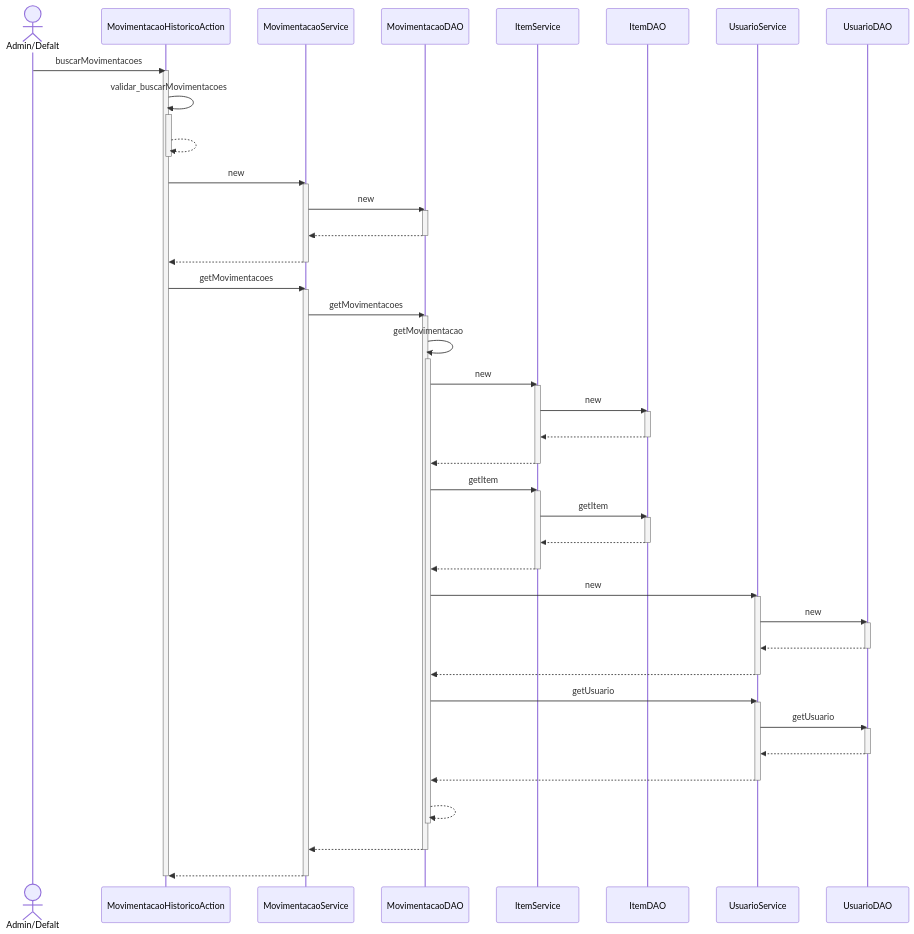
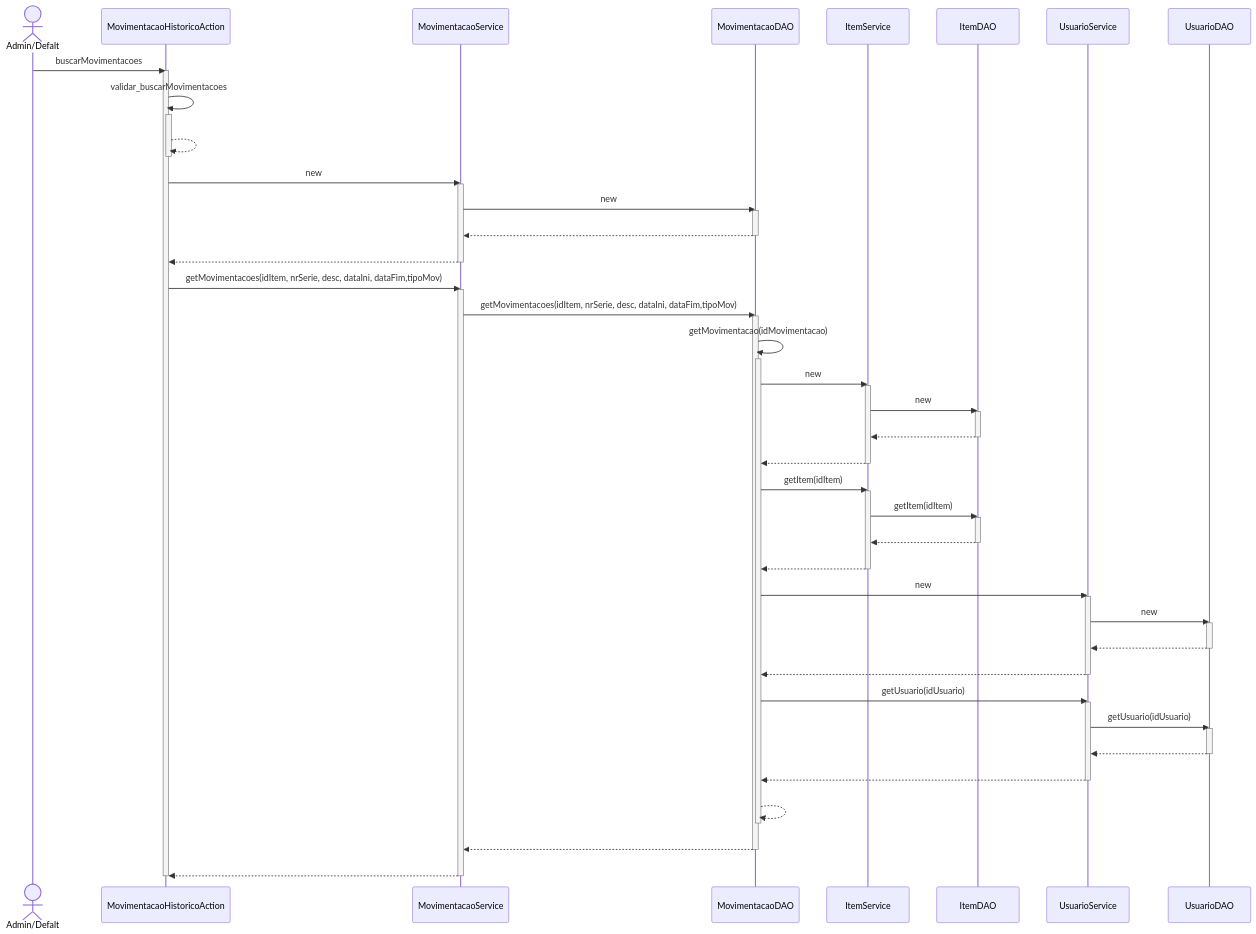
Before and after one commit to branqsMRP/SequenceDiagram: the diagram in DiagramaSequencia/Novo Diagrama Sequencia/Movimentacao/Buscar Movimentacoes.mmd, drawn with Mermaid. The commit also changed 2 other files, not shown here.

Commit message:
Adicionando parametros em movimentacao

```diff
--- a/DiagramaSequencia/Novo Diagrama Sequencia/Movimentacao/Buscar Movimentacoes.mmd
+++ b/DiagramaSequencia/Novo Diagrama Sequencia/Movimentacao/Buscar Movimentacoes.mmd
@@ -1,61 +1,61 @@
 sequenceDiagram
 actor AD as Admin/Defalt
 AD ->> MovimentacaoHistoricoAction : buscarMovimentacoes
 activate MovimentacaoHistoricoAction
 MovimentacaoHistoricoAction ->> MovimentacaoHistoricoAction : validar_buscarMovimentacoes
 activate MovimentacaoHistoricoAction
 MovimentacaoHistoricoAction -->> MovimentacaoHistoricoAction : #32; 
 deactivate MovimentacaoHistoricoAction
 MovimentacaoHistoricoAction ->> MovimentacaoService : new
 activate MovimentacaoService
 MovimentacaoService ->> MovimentacaoDAO : new
 activate MovimentacaoDAO
 MovimentacaoDAO -->> MovimentacaoService : #32; 
 deactivate MovimentacaoDAO
 MovimentacaoService -->> MovimentacaoHistoricoAction : #32; 
 deactivate MovimentacaoService
-MovimentacaoHistoricoAction ->> MovimentacaoService : getMovimentacoes
+MovimentacaoHistoricoAction ->> MovimentacaoService : getMovimentacoes(idItem, nrSerie, desc, dataIni, dataFim,tipoMov)
 activate MovimentacaoService
-MovimentacaoService ->> MovimentacaoDAO : getMovimentacoes
+MovimentacaoService ->> MovimentacaoDAO : getMovimentacoes(idItem, nrSerie, desc, dataIni, dataFim,tipoMov)
 activate MovimentacaoDAO
-MovimentacaoDAO ->> MovimentacaoDAO : getMovimentacao
+MovimentacaoDAO ->> MovimentacaoDAO : getMovimentacao(idMovimentacao)
 activate MovimentacaoDAO
 MovimentacaoDAO ->> ItemService : new
 activate ItemService
 ItemService ->> ItemDAO : new
 activate ItemDAO
 ItemDAO -->> ItemService : #32; 
 deactivate ItemDAO
 ItemService -->> MovimentacaoDAO : #32; 
 deactivate ItemService
-MovimentacaoDAO ->> ItemService : getItem
+MovimentacaoDAO ->> ItemService : getItem(idItem)
 activate ItemService
-ItemService ->> ItemDAO : getItem
+ItemService ->> ItemDAO : getItem(idItem)
 activate ItemDAO
 ItemDAO -->> ItemService : #32; 
 deactivate ItemDAO
 ItemService -->> MovimentacaoDAO : #32; 
 deactivate ItemService
 MovimentacaoDAO ->> UsuarioService : new
 activate UsuarioService
 UsuarioService ->> UsuarioDAO : new
 activate UsuarioDAO
 UsuarioDAO -->> UsuarioService : #32; 
 deactivate UsuarioDAO
 UsuarioService -->> MovimentacaoDAO : #32; 
 deactivate UsuarioService
-MovimentacaoDAO ->> UsuarioService : getUsuario
+MovimentacaoDAO ->> UsuarioService : getUsuario(idUsuario)
 activate UsuarioService
-UsuarioService ->> UsuarioDAO : getUsuario
+UsuarioService ->> UsuarioDAO : getUsuario(idUsuario)
 activate UsuarioDAO
 UsuarioDAO -->> UsuarioService : #32; 
 deactivate UsuarioDAO
 UsuarioService -->> MovimentacaoDAO : #32; 
 deactivate UsuarioService
 MovimentacaoDAO -->> MovimentacaoDAO : #32; 
 deactivate MovimentacaoDAO
 MovimentacaoDAO -->> MovimentacaoService : #32; 
 deactivate MovimentacaoDAO
 MovimentacaoService -->> MovimentacaoHistoricoAction : #32; 
 deactivate MovimentacaoService
 deactivate MovimentacaoHistoricoAction
```
